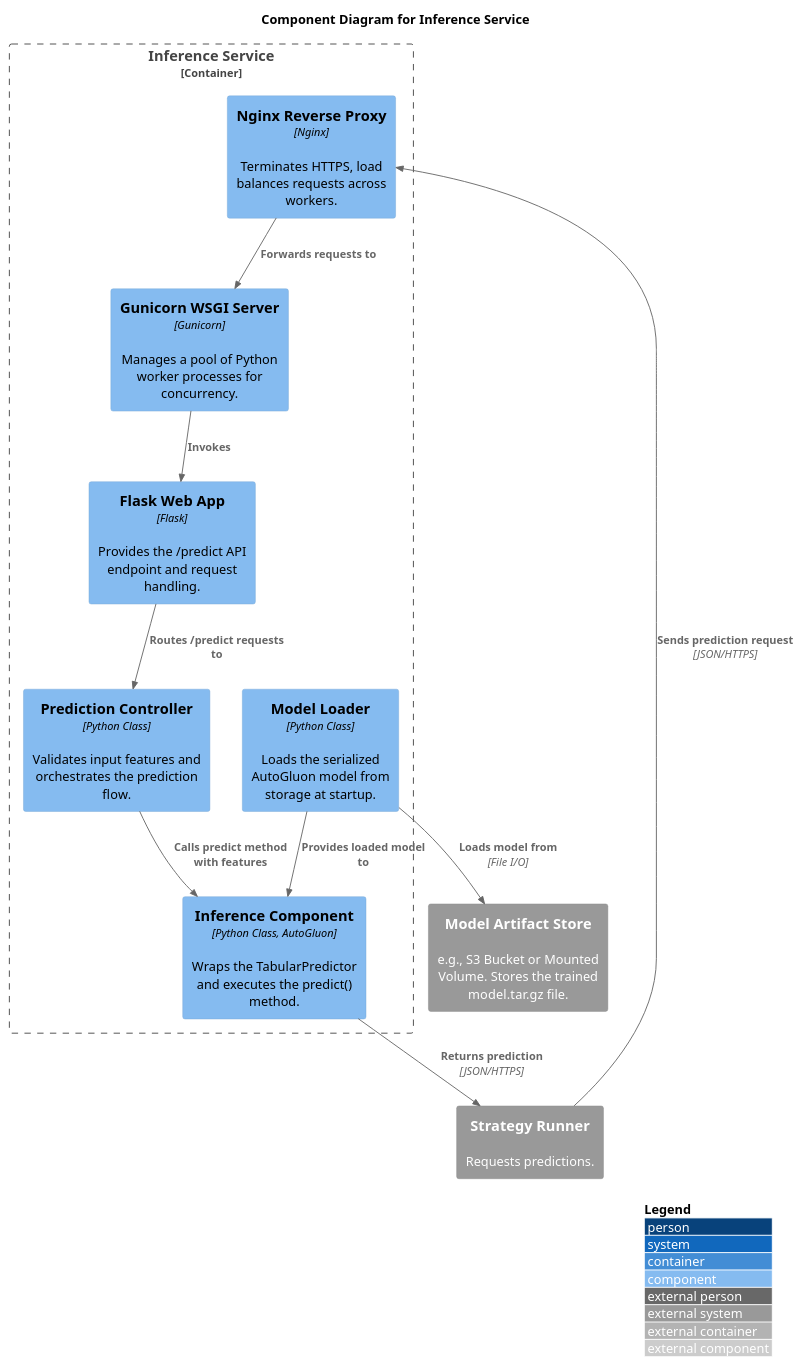
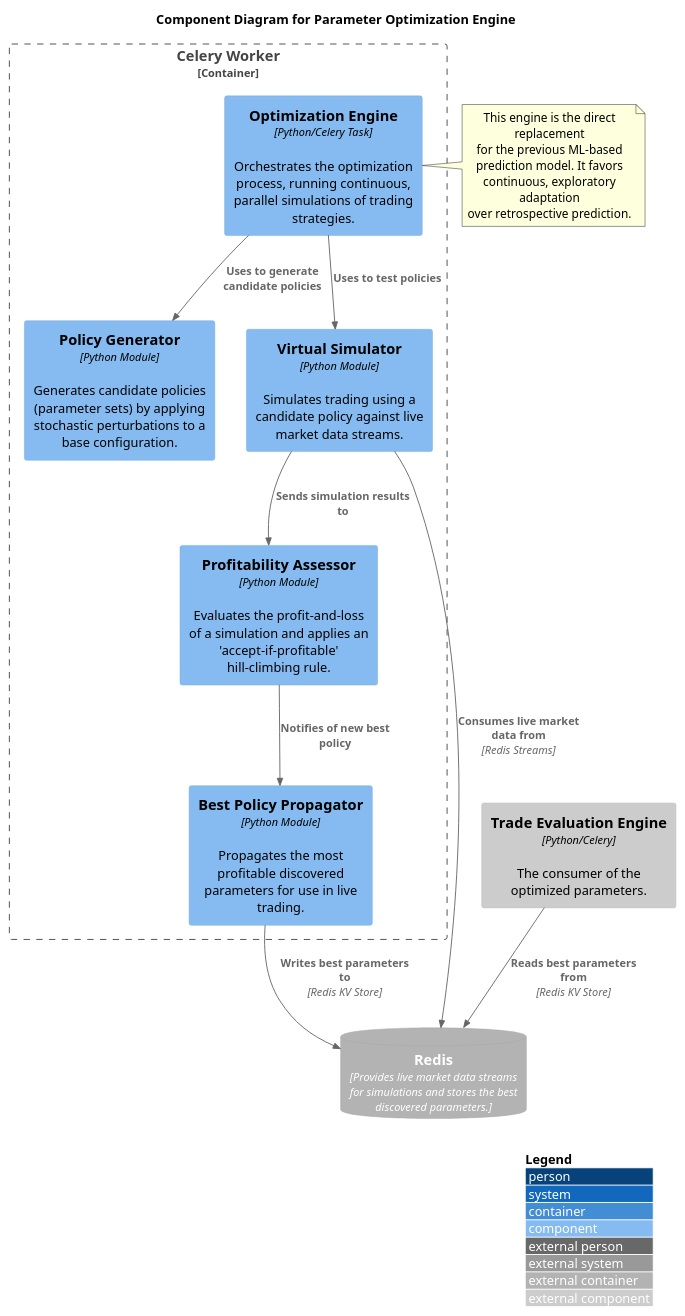
Before and after one commit to tttrisagion/3T: the diagram in docs/arch/level-3-inference.puml, drawn with PlantUML. The commit also changed 23 other files, not shown here.

Commit message:
updated diagrams based on latest changes

```diff
--- a/docs/arch/level-3-inference.puml
+++ b/docs/arch/level-3-inference.puml
@@ -1,31 +1,38 @@
-@startuml Inference Service Components
+@startuml Parameter Optimization Engine Components
+
 !include <C4/C4_Component.puml>
 
 LAYOUT_WITH_LEGEND()
 LAYOUT_TOP_DOWN()
 
-title Component Diagram for Inference Service
+title Component Diagram for Parameter Optimization Engine
 
-Container_Boundary(inference_service, "Inference Service") {
-    Component(nginx, "Nginx Reverse Proxy", "Nginx", "Terminates HTTPS, load balances requests across workers.")
-    Component(gunicorn, "Gunicorn WSGI Server", "Gunicorn", "Manages a pool of Python worker processes for concurrency.")
-    Component(flask_app, "Flask Web App", "Flask", "Provides the /predict API endpoint and request handling.")
-    Component(controller, "Prediction Controller", "Python Class", "Validates input features and orchestrates the prediction flow.")
-    Component(loader, "Model Loader", "Python Class", "Loads the serialized AutoGluon model from storage at startup.")
-    Component(inference_component, "Inference Component", "Python Class, AutoGluon", "Wraps the TabularPredictor and executes the predict() method.")
-    
-    Rel(nginx, gunicorn, "Forwards requests to")
-    Rel(gunicorn, flask_app, "Invokes")
-    Rel(flask_app, controller, "Routes /predict requests to")
-    Rel(controller, inference_component, "Calls predict method with features")
-    Rel(loader, inference_component, "Provides loaded model to")
+Container_Boundary(celery_worker, "Celery Worker") {
+    Component(optimization_engine, "Optimization Engine", "Python/Celery Task", "Orchestrates the optimization process, running continuous, parallel simulations of trading strategies.")
+    Component(policy_generator, "Policy Generator", "Python Module", "Generates candidate policies (parameter sets) by applying stochastic perturbations to a base configuration.")
+    Component(virtual_simulator, "Virtual Simulator", "Python Module", "Simulates trading using a candidate policy against live market data streams.")
+    Component(profit_assessor, "Profitability Assessor", "Python Module", "Evaluates the profit-and-loss of a simulation and applies an 'accept-if-profitable' hill-climbing rule.")
+    Component(best_policy_propagator, "Best Policy Propagator", "Python Module", "Propagates the most profitable discovered parameters for use in live trading.")
+
+    Rel(optimization_engine, policy_generator, "Uses to generate candidate policies")
+    Rel(optimization_engine, virtual_simulator, "Uses to test policies")
+    Rel(virtual_simulator, profit_assessor, "Sends simulation results to")
+    Rel(profit_assessor, best_policy_propagator, "Notifies of new best policy")
 }
 
-System_Ext(strategy_runner, "Strategy Runner", "Requests predictions.")
-System_Ext(model_storage, "Model Artifact Store", "e.g., S3 Bucket or Mounted Volume. Stores the trained model.tar.gz file.")
+ContainerDb_Ext(redis, "Redis", "Provides live market data streams for simulations and stores the best discovered parameters.")
+Component_Ext(trade_eval_engine, "Trade Evaluation Engine", "Python/Celery", "The consumer of the optimized parameters.")
 
-Rel(strategy_runner, nginx, "Sends prediction request", "JSON/HTTPS")
-Rel(inference_component, strategy_runner, "Returns prediction", "JSON/HTTPS")
-Rel(loader, model_storage, "Loads model from", "File I/O")
+Rel(virtual_simulator, redis, "Consumes live market data from", "Redis Streams")
+Rel(best_policy_propagator, redis, "Writes best parameters to", "Redis KV Store")
+Rel(trade_eval_engine, redis, "Reads best parameters from", "Redis KV Store")
+
+note right of optimization_engine
+  This engine is the direct replacement
+  for the previous ML-based
+  prediction model. It favors
+  continuous, exploratory adaptation
+  over retrospective prediction.
+end note
 
 @enduml
```
